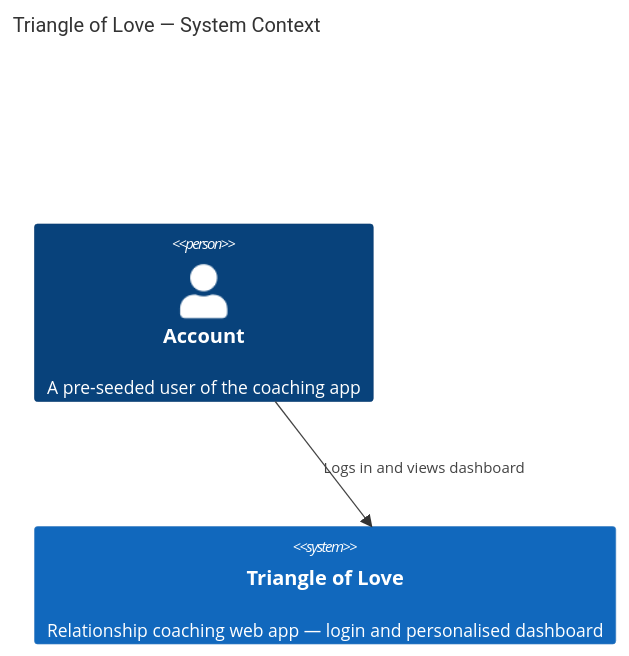
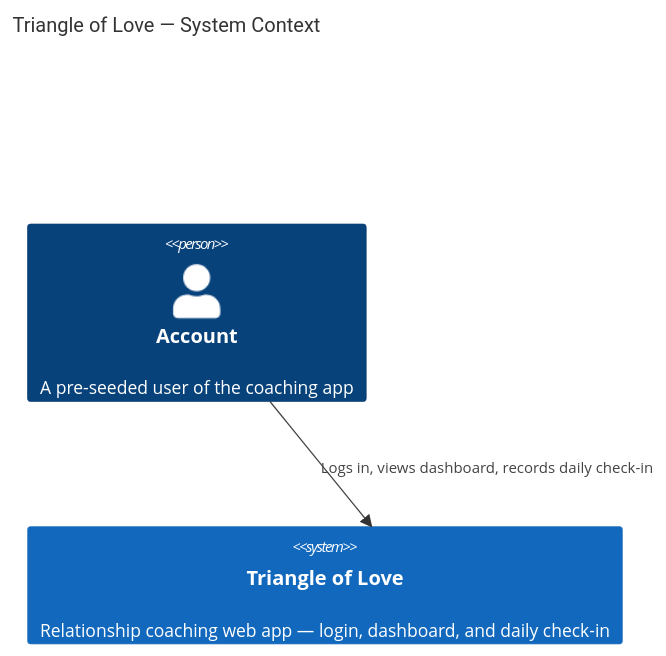
One commit to co0p/triangleoflove changed the first of 3 diagrams in docs/architecture.md. Above: the diagram before and after it, drawn with Mermaid. The commit also changed other lines of this file and 19 other files, not shown here.

Commit message:
feat: daily check-in — record and load ratings and note for today

````diff
--- a/docs/architecture.md
+++ b/docs/architecture.md
@@ -5,7 +5,7 @@
 ```mermaid
 C4Context
     title Triangle of Love — System Context
     Person(account, "Account", "A pre-seeded user of the coaching app")
-    System(tol, "Triangle of Love", "Relationship coaching web app — login and personalised dashboard")
-    Rel(account, tol, "Logs in and views dashboard")
+    System(tol, "Triangle of Love", "Relationship coaching web app — login, dashboard, and daily check-in")
+    Rel(account, tol, "Logs in, views dashboard, records daily check-in")
 ```
````
